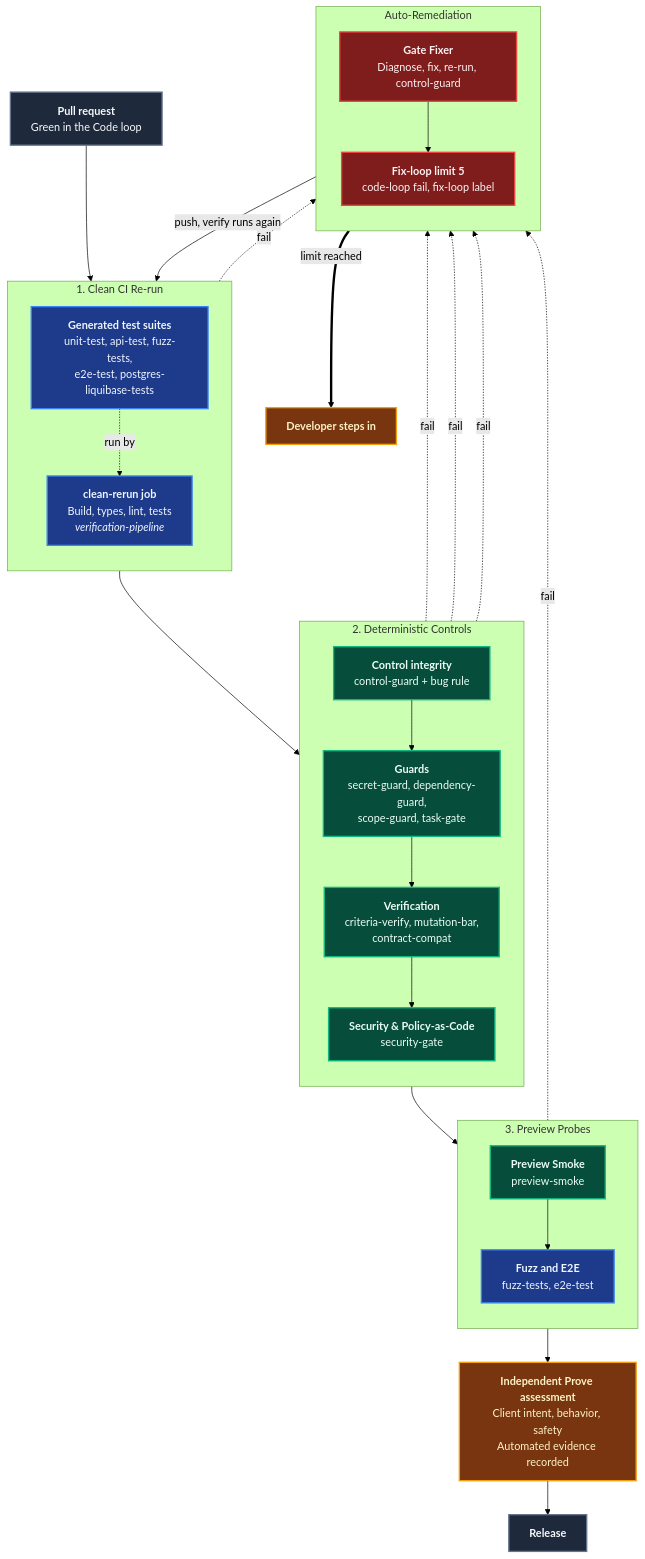
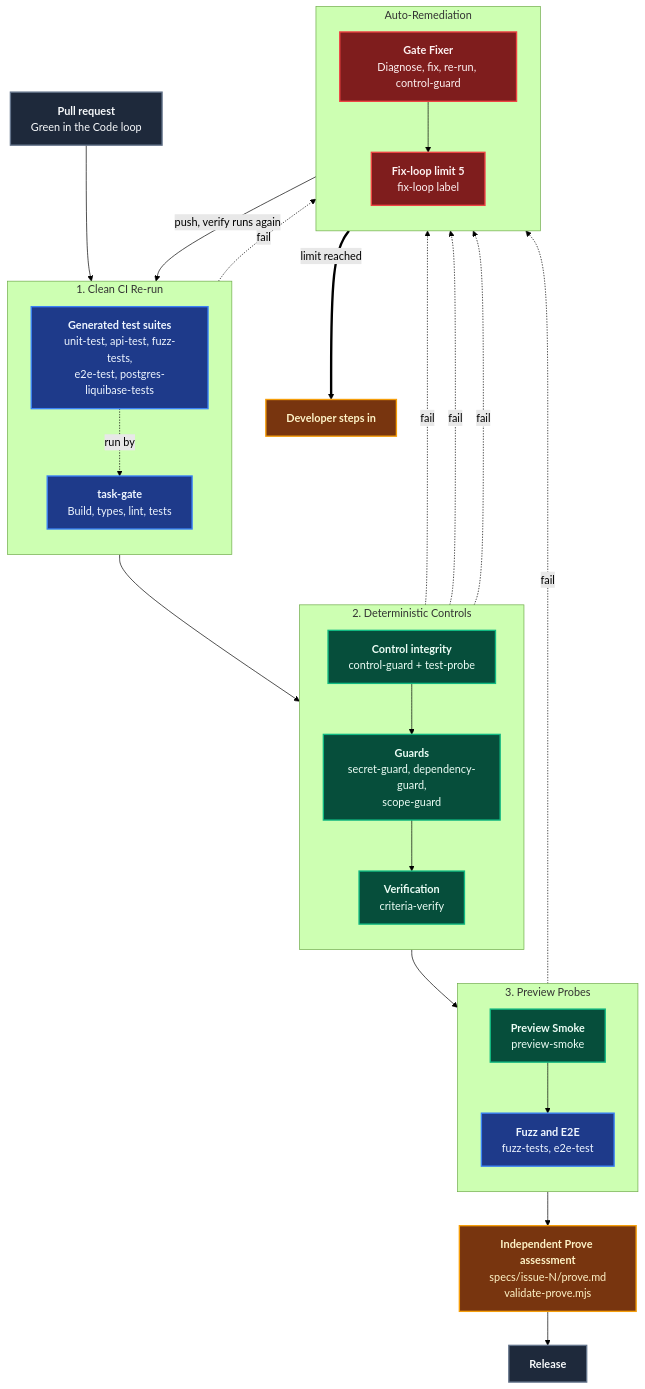
Before and after one commit to ALTEN-group/coding-pal: the first of 2 diagrams in website/docs/guide/domain-prove.md, drawn with Mermaid (forest theme). The commit also changed other lines of this file and 173 other files, not shown here.

````diff
--- a/website/docs/guide/domain-prove.md
+++ b/website/docs/guide/domain-prove.md
@@ -12,60 +10,59 @@
 ```mermaid
 ---
 caption: Prove Controls, Auto-Remediation and Independent Assessment
 ---
 flowchart TD
     PR["<b>Pull request</b><br/>Green in the Code loop"]
 
     subgraph Rerun ["1. Clean CI Re-run"]
         direction TB
-        CLEAN["<b>clean-rerun job</b><br/>Build, types, lint, tests<br/><i>verification-pipeline</i>"]
+        CLEAN["<b>task-gate</b><br/>Build, types, lint, tests"]
         TESTS["<b>Generated test suites</b><br/>unit-test, api-test, fuzz-tests,<br/>e2e-test, postgres-liquibase-tests"]
     end
 
     subgraph Controls ["2. Deterministic Controls"]
         direction TB
-        INTEG["<b>Control integrity</b><br/>control-guard + bug rule"]
-        GUARDS["<b>Guards</b><br/>secret-guard, dependency-guard,<br/>scope-guard, task-gate"]
-        VERIF["<b>Verification</b><br/>criteria-verify, mutation-bar,<br/>contract-compat"]
-        SEC["<b>Security & Policy-as-Code</b><br/>security-gate"]
+        INTEG["<b>Control integrity</b><br/>control-guard + test-probe"]
+        GUARDS["<b>Guards</b><br/>secret-guard, dependency-guard,<br/>scope-guard"]
+        VERIF["<b>Verification</b><br/>criteria-verify"]
     end
 
     subgraph Preview ["3. Preview Probes"]
         direction TB
         SMOKE["<b>Preview Smoke</b><br/>preview-smoke"]
         PROBES["<b>Fuzz and E2E</b><br/>fuzz-tests, e2e-test"]
     end
 
     subgraph Fix ["Auto-Remediation"]
         direction TB
         GF["<b>Gate Fixer</b><br/>Diagnose, fix, re-run, control-guard"]
-        LIM["<b>Fix-loop limit 5</b><br/>code-loop fail, fix-loop label"]
+        LIM["<b>Fix-loop limit 5</b><br/>fix-loop label"]
     end
 
-    HUMAN["<b>Independent Prove assessment</b><br/>Client intent, behavior, safety<br/>Automated evidence recorded"]
+    HUMAN["<b>Independent Prove assessment</b><br/>specs/issue-N/prove.md<br/>validate-prove.mjs"]
     REL["<b>Release</b>"]
 
     PR --> CLEAN
     TESTS -.->|"run by"| CLEAN
-    CLEAN --> INTEG --> GUARDS --> VERIF --> SEC --> SMOKE --> PROBES --> HUMAN --> REL
+    CLEAN --> INTEG --> GUARDS --> VERIF --> SMOKE --> PROBES --> HUMAN --> REL
     CLEAN -.->|"fail"| GF
     INTEG -.->|"fail"| GF
+    GUARDS -.->|"fail"| GF
     VERIF -.->|"fail"| GF
-    SEC -.->|"fail"| GF
     SMOKE -.->|"fail"| GF
     GF -->|"push, verify runs again"| CLEAN
     GF --> LIM
     LIM ==>|"limit reached"| DEV["<b>Developer steps in</b>"]
 
     classDef stage fill:#1e3a8a,stroke:#3b82f6,stroke-width:2px,color:#eff6ff;
     classDef control fill:#064e3b,stroke:#10b981,stroke-width:2px,color:#ecfdf5;
     classDef input fill:#1e293b,stroke:#64748b,stroke-width:2px,color:#f8fafc;
     classDef human fill:#78350f,stroke:#f59e0b,stroke-width:2px,color:#fef3c7;
     classDef fix fill:#7f1d1d,stroke:#ef4444,stroke-width:2px,color:#fef2f2;
 
     class PR,REL input;
     class CLEAN,TESTS,PROBES stage;
-    class INTEG,GUARDS,VERIF,SEC,SMOKE control;
+    class INTEG,GUARDS,VERIF,SMOKE control;
     class GF,LIM fix;
     class HUMAN,DEV human;
 ```
````
